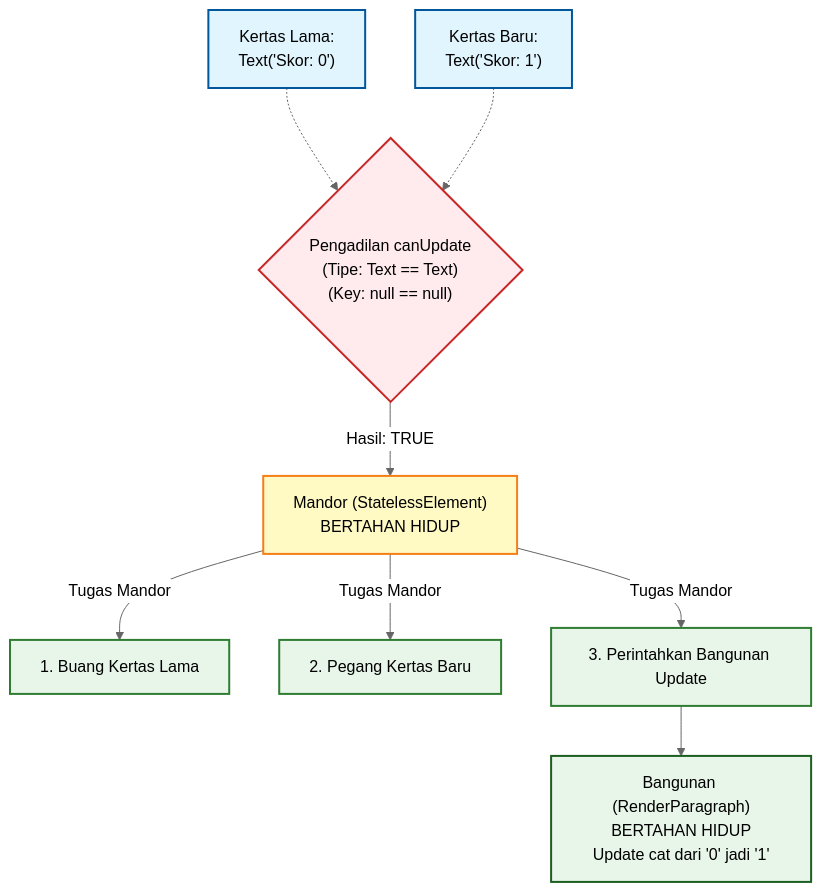
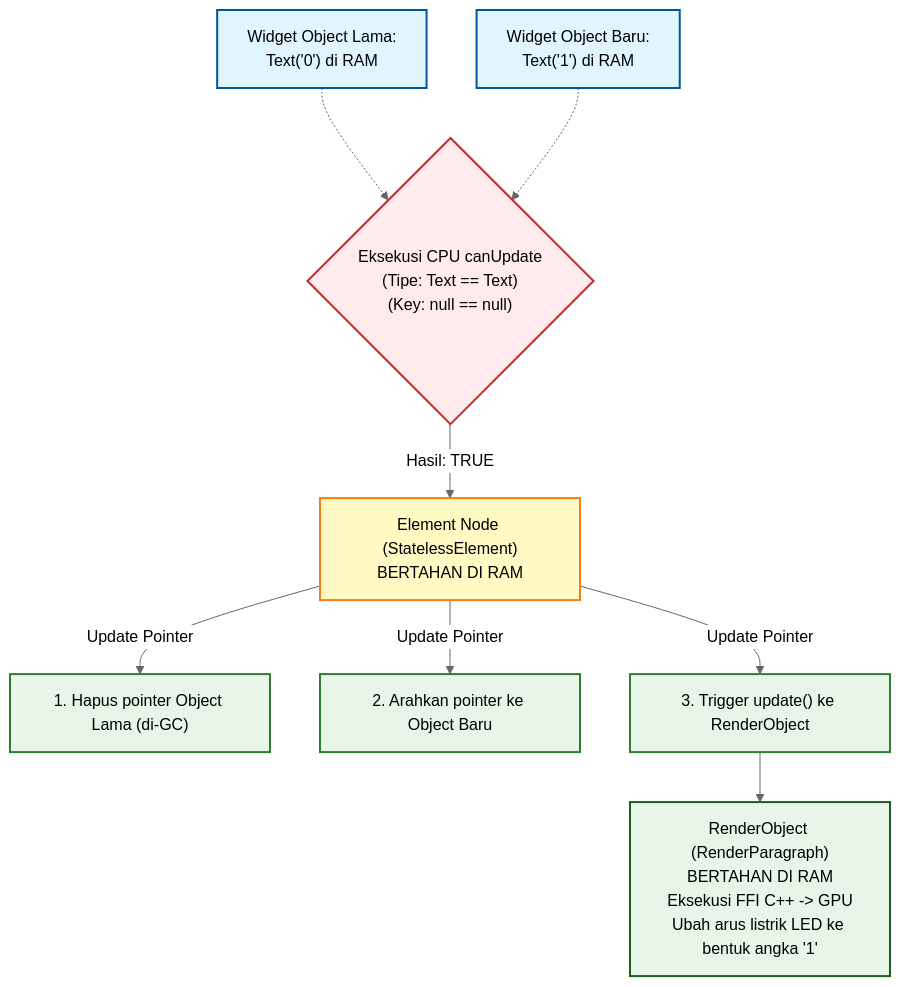
One commit to nunutech40/SuperViews changed the sixth of 7 diagrams in belajar/master_widget_tree_anatomy.md. Above: the diagram before and after it, drawn with Mermaid (neutral theme). The commit also changed other lines of this file, not shown here.

Commit message:
docs: remove analogies from canUpdate Text diagram, use strict hardware terminology

````diff
--- a/belajar/master_widget_tree_anatomy.md
+++ b/belajar/master_widget_tree_anatomy.md
@@ -264,24 +264,24 @@
 ```mermaid
 graph TD
     classDef rule fill:#ffebee,stroke:#c62828,stroke-width:2px;
     classDef action fill:#e8f5e9,stroke:#2e7d32,stroke-width:2px;
     classDef blue fill:#e1f5fe,stroke:#01579b,stroke-width:2px;
     classDef yellow fill:#fff9c4,stroke:#f57f17,stroke-width:2px;
     classDef green fill:#e8f5e9,stroke:#1b5e20,stroke-width:2px;
 
     %% Proses canUpdate
-    W_OLD["Kertas Lama:<br>Text('Skor: 0')"]:::blue
-    W_NEW["Kertas Baru:<br>Text('Skor: 1')"]:::blue
+    W_OLD["Widget Object Lama:<br>Text('0') di RAM"]:::blue
+    W_NEW["Widget Object Baru:<br>Text('1') di RAM"]:::blue
     
     W_OLD -.-> C
     W_NEW -.-> C
     
-    C{"Pengadilan canUpdate<br>(Tipe: Text == Text)<br>(Key: null == null)"}:::rule
-    C -->|"Hasil: TRUE"| E["Mandor (StatelessElement)<br>BERTAHAN HIDUP"]:::yellow
+    C{"Eksekusi CPU canUpdate<br>(Tipe: Text == Text)<br>(Key: null == null)"}:::rule
+    C -->|"Hasil: TRUE"| E["Element Node (StatelessElement)<br>BERTAHAN DI RAM"]:::yellow
     
-    E -->|"Tugas Mandor"| T1["1. Buang Kertas Lama"]:::action
-    E -->|"Tugas Mandor"| T2["2. Pegang Kertas Baru"]:::action
-    E -->|"Tugas Mandor"| T3["3. Perintahkan Bangunan Update"]:::action
+    E -->|"Update Pointer"| T1["1. Hapus pointer Object Lama (di-GC)"]:::action
+    E -->|"Update Pointer"| T2["2. Arahkan pointer ke Object Baru"]:::action
+    E -->|"Update Pointer"| T3["3. Trigger update() ke RenderObject"]:::action
     
-    T3 --> R["Bangunan (RenderParagraph)<br>BERTAHAN HIDUP<br>Update cat dari '0' jadi '1'"]:::green
+    T3 --> R["RenderObject (RenderParagraph)<br>BERTAHAN DI RAM<br>Eksekusi FFI C++ -> GPU<br>Ubah arus listrik LED ke bentuk angka '1'"]:::green
 ```
````
